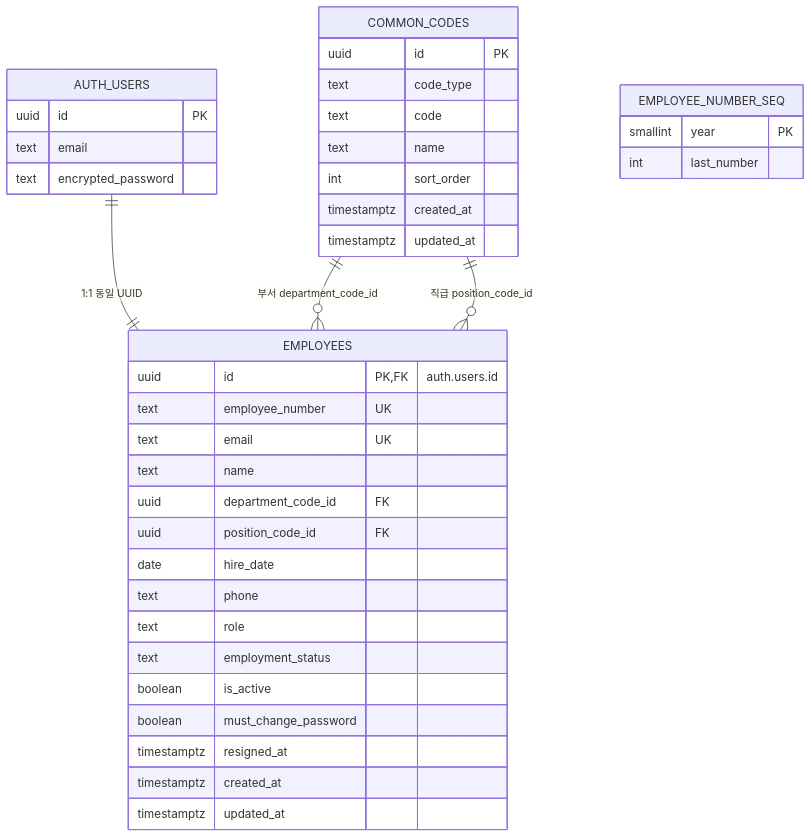
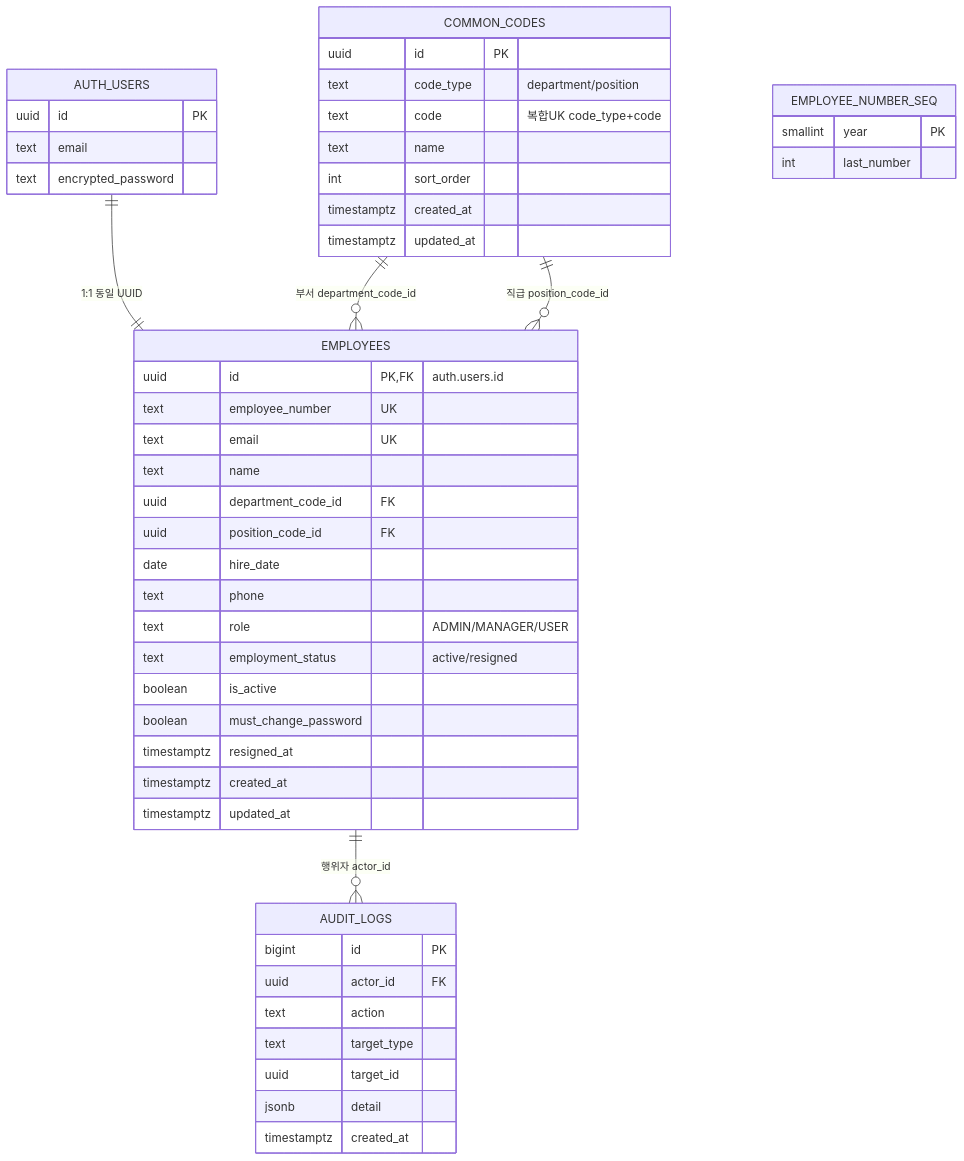
Before and after one commit to nskfn02/Jaepil_ERP: the second of 8 diagrams in docs/erd.md, drawn with Mermaid. The commit also changed other lines of this file, not shown here.

Commit message:
docs: database.md 기반 erd.md 완성

````diff
--- a/docs/erd.md
+++ b/docs/erd.md
@@ -49,42 +86,52 @@
 ```mermaid
 erDiagram
     AUTH_USERS ||--|| EMPLOYEES : "1:1 동일 UUID"
     COMMON_CODES ||--o{ EMPLOYEES : "부서 department_code_id"
     COMMON_CODES ||--o{ EMPLOYEES : "직급 position_code_id"
+    EMPLOYEES ||--o{ AUDIT_LOGS : "행위자 actor_id"
 
     AUTH_USERS {
         uuid id PK
         text email
         text encrypted_password
     }
     EMPLOYEES {
         uuid id PK,FK "auth.users.id"
         text employee_number UK
         text email UK
         text name
         uuid department_code_id FK
         uuid position_code_id FK
         date hire_date
         text phone
-        text role
-        text employment_status
+        text role "ADMIN/MANAGER/USER"
+        text employment_status "active/resigned"
         boolean is_active
         boolean must_change_password
         timestamptz resigned_at
         timestamptz created_at
         timestamptz updated_at
     }
     COMMON_CODES {
         uuid id PK
-        text code_type
-        text code
+        text code_type "department/position"
+        text code "복합UK code_type+code"
         text name
         int sort_order
         timestamptz created_at
         timestamptz updated_at
     }
     EMPLOYEE_NUMBER_SEQ {
         smallint year PK
         int last_number
     }
+    AUDIT_LOGS {
+        bigint id PK
+        uuid actor_id FK
+        text action
+        text target_type
+        uuid target_id
+        jsonb detail
+        timestamptz created_at
+    }
 ```
````
